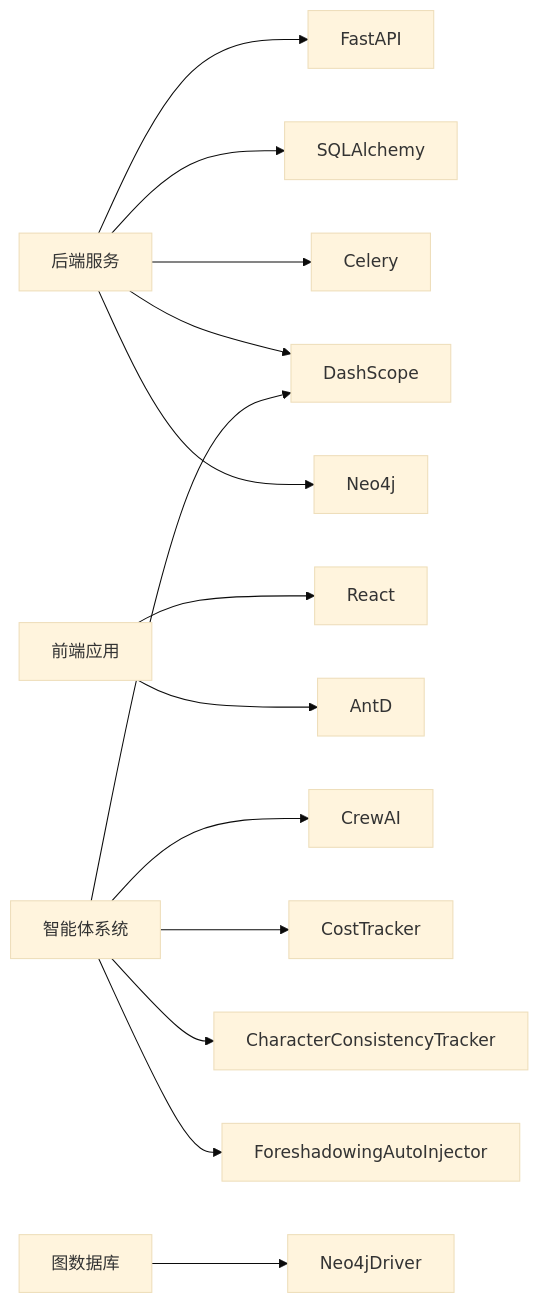
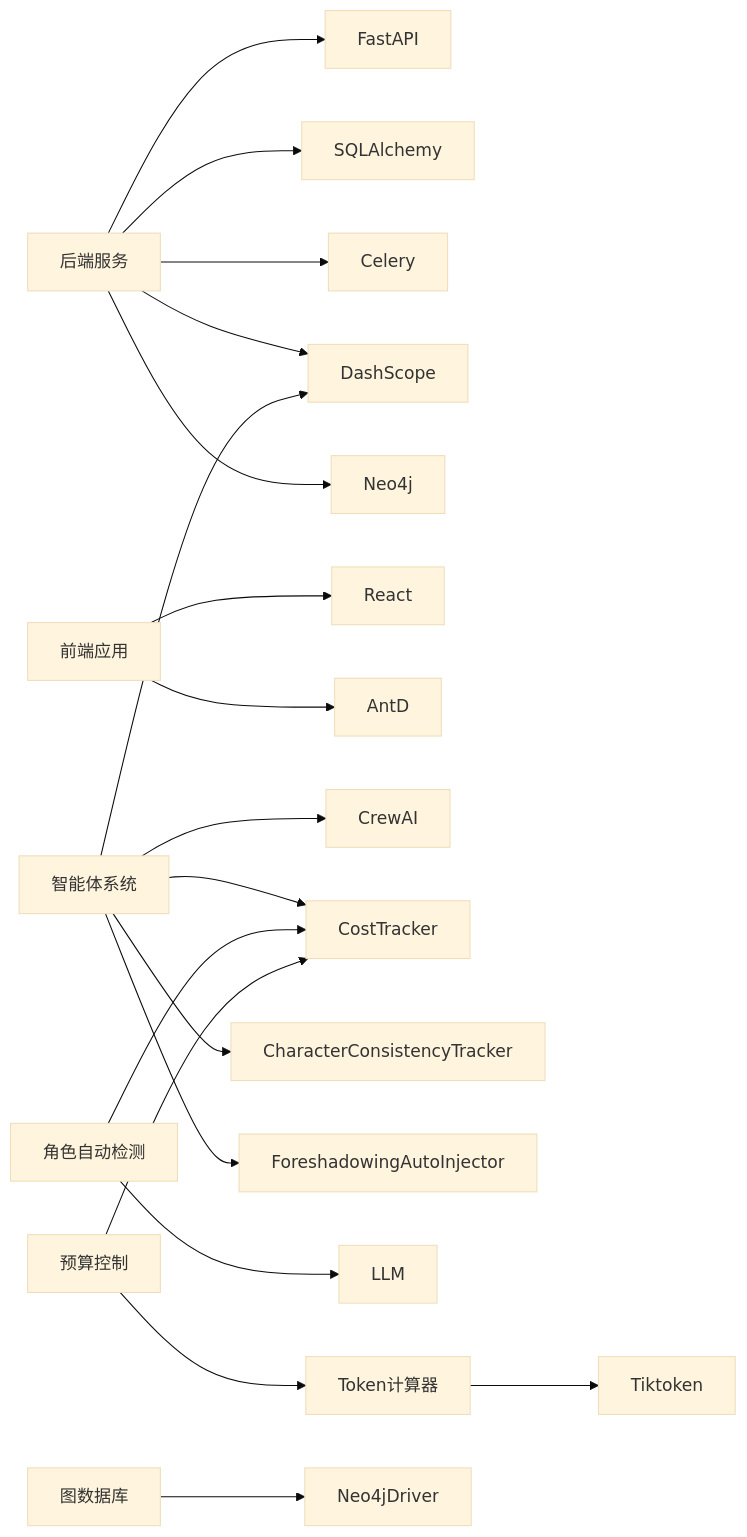
Before and after one commit to xfbyxq/ai-novel-system: diagram 18 of 18 in .qoder/repowiki/zh/content/项目概述/项目概述.md, drawn with Mermaid (base theme). The commit also changed other lines of this file and 1 other file, not shown here.

````diff
--- a/.qoder/repowiki/zh/content/项目概述/项目概述.md
+++ b/.qoder/repowiki/zh/content/项目概述/项目概述.md
@@ -683,16 +796,21 @@
 ```mermaid
 graph LR
 Backend["后端服务"] --> FastAPI
 Backend --> SQLAlchemy
 Backend --> Celery
 Backend --> DashScope
 Backend --> Neo4j
 Frontend["前端应用"] --> React
 Frontend --> AntD
 Agents["智能体系统"] --> CrewAI
 Agents --> DashScope
 Agents --> CostTracker
 Agents --> CharacterConsistencyTracker
 Agents --> ForeshadowingAutoInjector
+CharDetector["角色自动检测"] --> LLM
+CharDetector --> CostTracker
+TokenCalc["Token计算器"] --> Tiktoken
+Budget["预算控制"] --> CostTracker
+Budget --> TokenCalc
 GraphDB["图数据库"] --> Neo4jDriver
 ```
````
